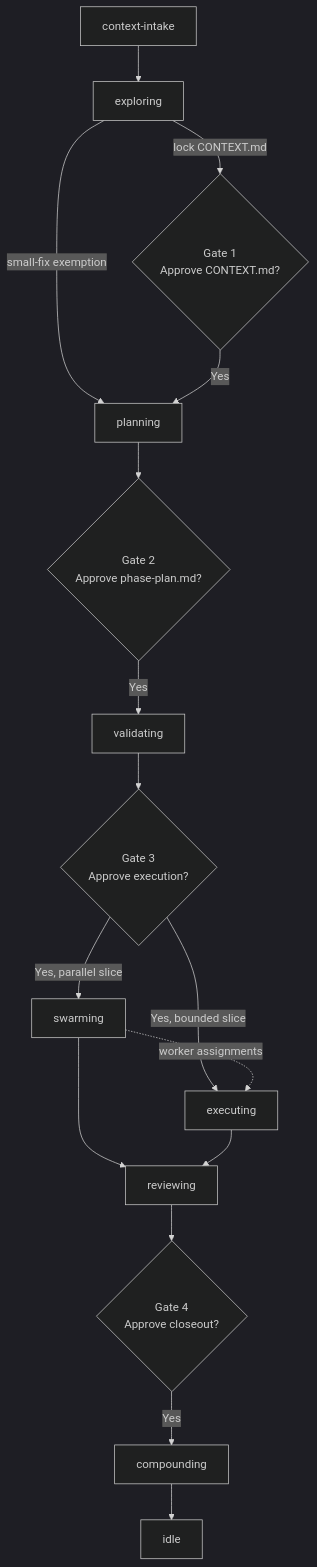
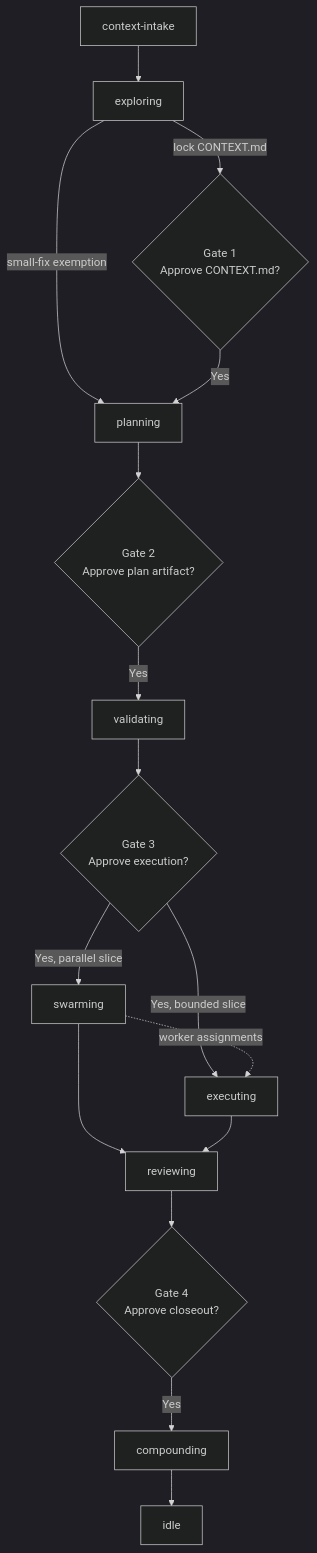
One commit to Huy-04/beer-skills changed the diagram in skills/workflow/feature/using-beer/SKILL.md. Above: the diagram before and after it, drawn with Mermaid (dark theme). The commit also changed other lines of this file and 261 other files, not shown here.

````diff
--- a/skills/workflow/feature/using-beer/SKILL.md
+++ b/skills/workflow/feature/using-beer/SKILL.md
@@ -150,18 +184,18 @@
 ```mermaid
 flowchart TD
     CC[context-intake] --> EX[exploring]
     EX -->|small-fix exemption| PL[planning]
     EX -->|lock CONTEXT.md| G1{Gate 1<br/>Approve CONTEXT.md?}
     G1 -->|Yes| PL
-    PL --> G2{Gate 2<br/>Approve phase-plan.md?}
+    PL --> G2{Gate 2<br/>Approve plan artifact?}
     G2 -->|Yes| VA[validating]
     VA --> G3{Gate 3<br/>Approve execution?}
     G3 -->|Yes, parallel slice| SW[swarming]
     G3 -->|Yes, bounded slice| EW[executing]
     SW -. worker assignments .-> EW
     SW --> RV[reviewing]
     EW --> RV[reviewing]
     RV --> G4{Gate 4<br/>Approve closeout?}
     G4 -->|Yes| CO[compounding]
     CO --> IDLE[idle]
 ```
````
